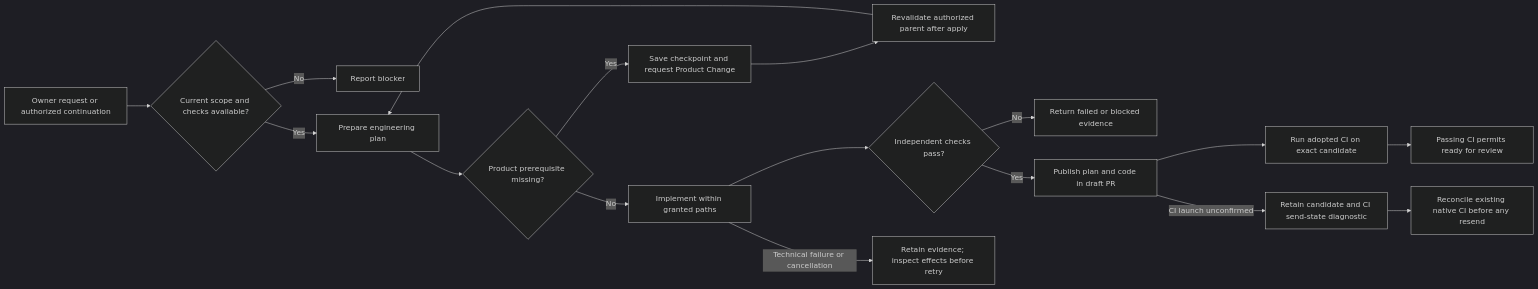
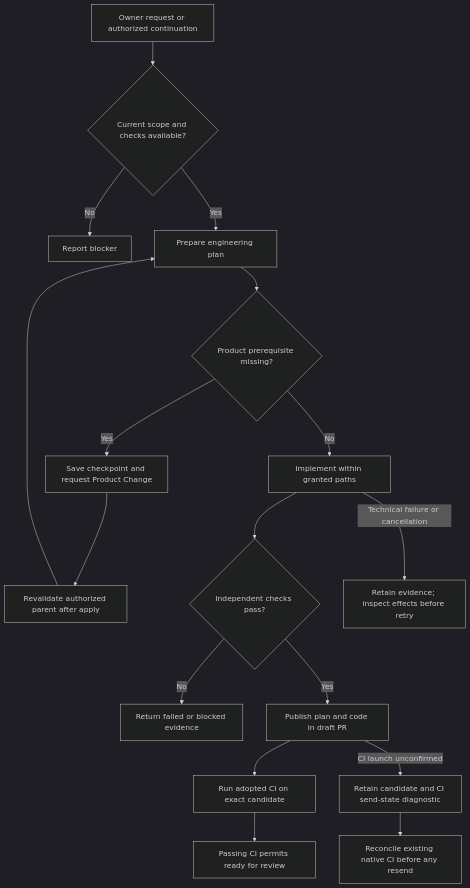
The diagram in docs/architecture/06-runtime-view/implement.md (juangcarmona/lighthouse), drawn with Mermaid (dark theme) before and after one commit. The commit also changed 14 other files, not shown here.

First line of the commit message:
fix: surface flow diagrams and improve mobile layout

````diff
--- a/docs/architecture/06-runtime-view/implement.md
+++ b/docs/architecture/06-runtime-view/implement.md
@@ -5,21 +5,21 @@
 ```mermaid
-flowchart LR
+flowchart TD
     accTitle: Implement
     accDescr: An authorized implementation request or passed refinement starts planning, implementation and verification in one bounded workspace. The worker publishes its candidate as a draft PR.
     Request[Owner request or authorized continuation] --> Admit{Current scope and checks available?}
     Admit -->|No| Stop[Report blocker]
     Admit -->|Yes| Plan[Prepare engineering plan]
     Plan --> Product{Product prerequisite missing?}
     Product -->|Yes| Handoff[Save checkpoint and request Product Change]
     Handoff --> Resume[Revalidate authorized parent after apply]
     Resume --> Plan
     Product -->|No| Code[Implement within granted paths]
     Code --> Verify{Independent checks pass?}
     Verify -->|No| Block[Return failed or blocked evidence]
     Verify -->|Yes| Publish[Publish plan and code in draft PR]
     Publish --> CI[Run adopted CI on exact candidate]
     CI --> Ready[Passing CI permits ready for review]
     Publish -->|CI launch unconfirmed| Pending[Retain candidate and CI send-state diagnostic]
     Pending --> Recovery[Reconcile existing native CI before any resend]
     Code -->|Technical failure or cancellation| Failure[Retain evidence; inspect effects before retry]
 ```
````
